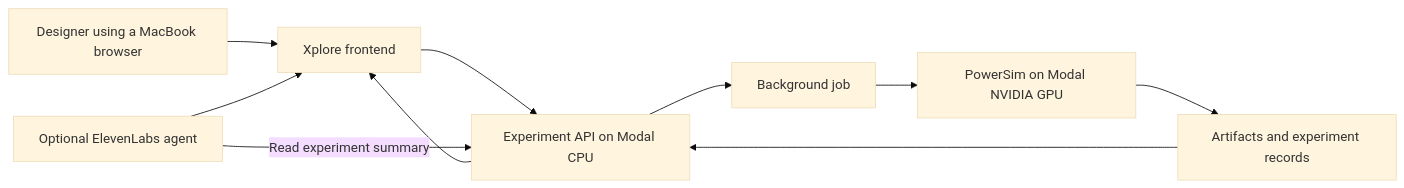
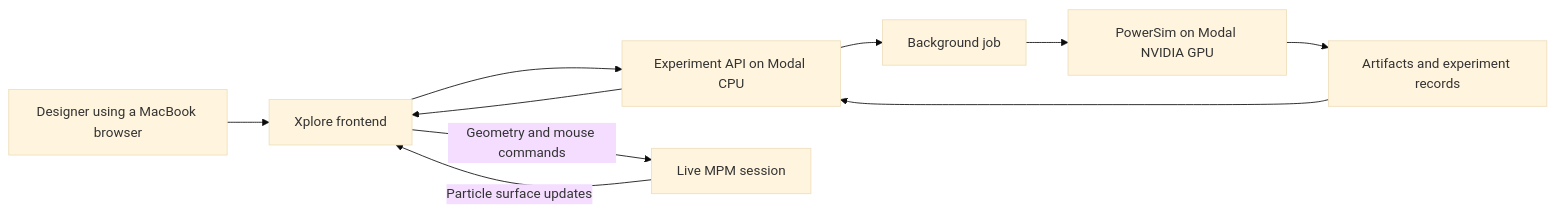
One commit to Berketunc/Xplore changed the diagram in plan.md. Above: the diagram before and after it, drawn with Mermaid (base theme). The commit also changed other lines of this file and 21 other files, not shown here.

```diff
--- a/plan.md
+++ b/plan.md
@@ -194,12 +194,12 @@
 ~~~mermaid
 flowchart LR
     U[Designer using a MacBook browser] --> F[Xplore frontend]
     F --> API[Experiment API on Modal CPU]
     API --> Q[Background job]
     Q --> GPU[PowerSim on Modal NVIDIA GPU]
     GPU --> STORE[Artifacts and experiment records]
     STORE --> API
     API --> F
-    AGENT[Optional ElevenLabs agent] -->|Read experiment summary| API
-    AGENT --> F
+    F -->|Geometry and mouse commands| LIVE[Live MPM session]
+    LIVE -->|Particle surface updates| F
 ~~~
```
